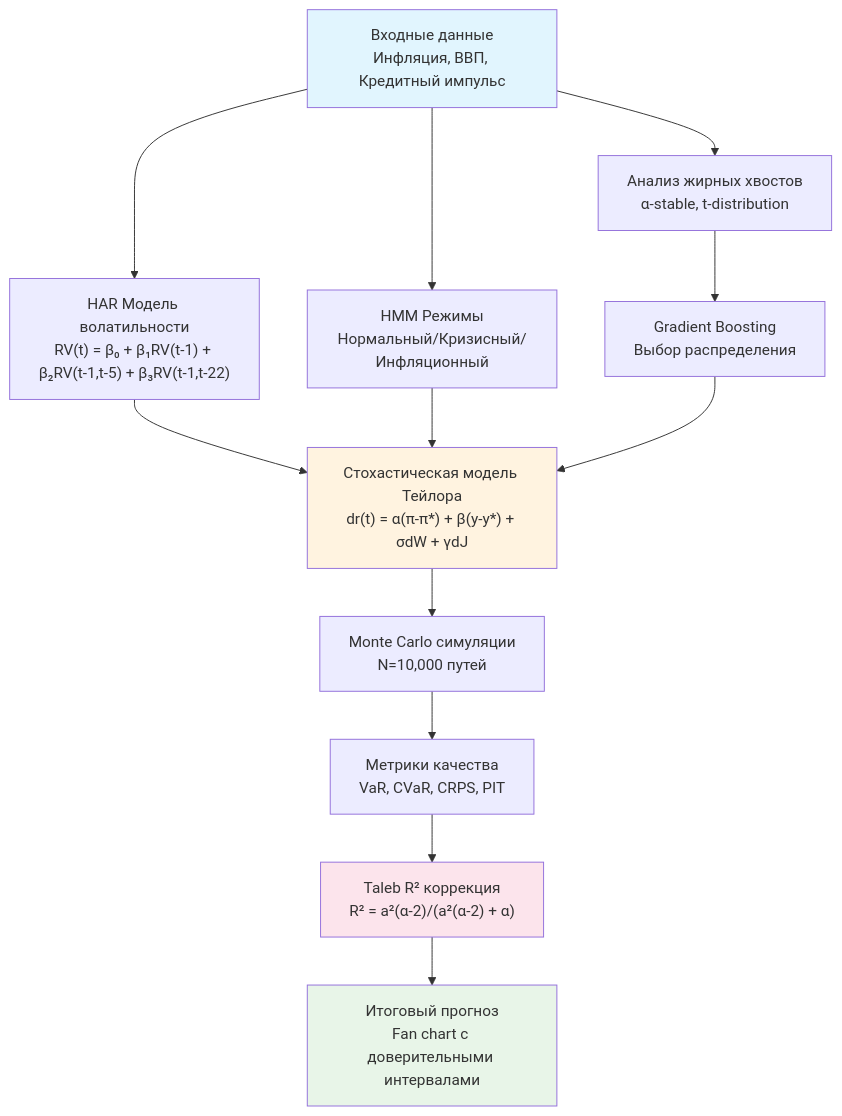
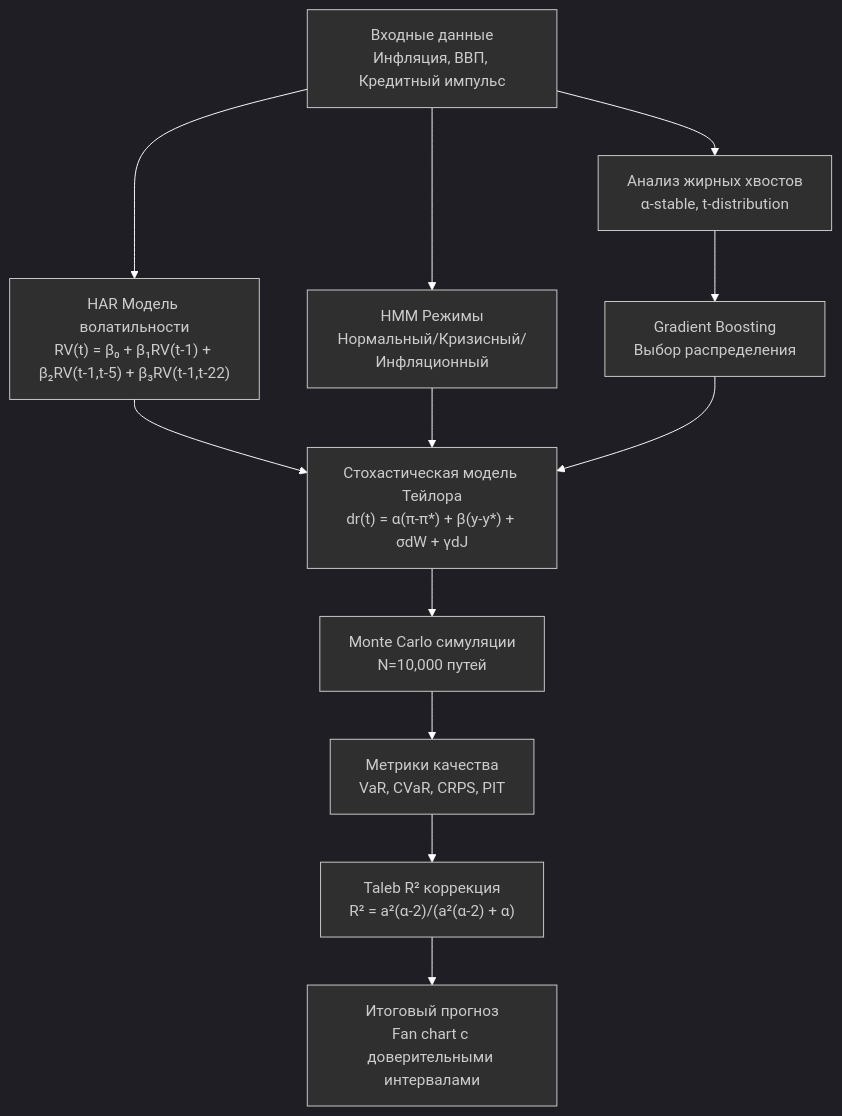
One commit to nikserbur/CBModelsStohastic changed the first of 4 diagrams in README.md. Above: the diagram before and after it, drawn with Mermaid. The commit also changed other lines of this file, not shown here.

Commit message:
update diagramm

````diff
--- a/README.md
+++ b/README.md
@@ -39,22 +39,18 @@
 ```mermaid
+%%{init: {'theme':'dark', 'themeVariables': {'primaryColor': '#ff7f00', 'primaryTextColor': '#ffffff', 'primaryBorderColor': '#ff7f00', 'lineColor': '#ffffff', 'secondaryColor': '#1f1f1f', 'tertiaryColor': '#2f2f2f', 'background': '#1f1f1f', 'mainBkg': '#2f2f2f', 'secondBkg': '#3f3f3f', 'tertiaryBkg': '#4f4f4f'}}}%%
 graph TD
     A["Входные данные<br/>Инфляция, ВВП, Кредитный импульс"] --> B["Анализ жирных хвостов<br/>α-stable, t-distribution"]
     A --> C["HAR Модель волатильности<br/>RV(t) = β₀ + β₁RV(t-1) + β₂RV(t-1,t-5) + β₃RV(t-1,t-22)"]
     A --> D["HMM Режимы<br/>Нормальный/Кризисный/Инфляционный"]
     
     B --> E["Gradient Boosting<br/>Выбор распределения"]
     C --> F["Стохастическая модель Тейлора<br/>dr(t) = α(π-π*) + β(y-y*) + σdW + γdJ"]
     D --> F
     E --> F
     
     F --> G["Monte Carlo симуляции<br/>N=10,000 путей"]
     G --> H["Метрики качества<br/>VaR, CVaR, CRPS, PIT"]
     H --> I["Taleb R² коррекция<br/>R² = a²(α-2)/(a²(α-2) + α)"]
     
     I --> J["Итоговый прогноз<br/>Fan chart с доверительными интервалами"]
-    
-    style A fill:#e1f5fe
-    style F fill:#fff3e0
-    style J fill:#e8f5e8
-    style I fill:#fce4ec
 ```
````
